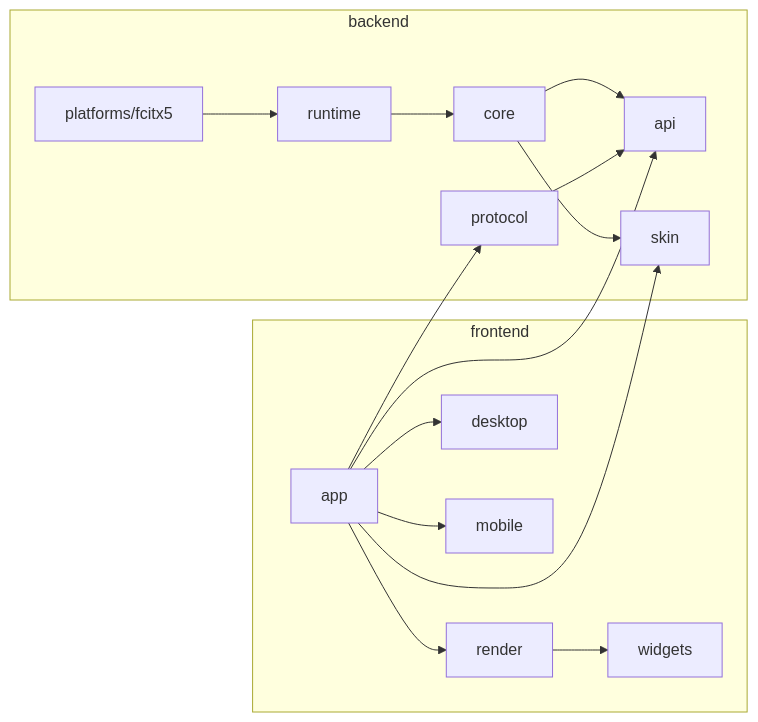
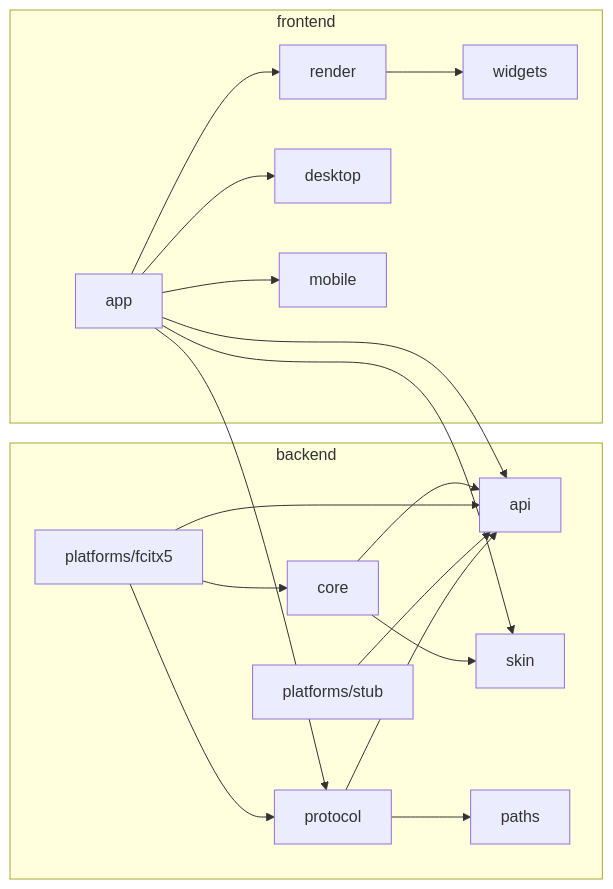
The first of 2 diagrams in docs/architecture.md (LFRon/Superior-IME), drawn with Mermaid before and after one commit. The commit also changed other lines of this file and 3 other files, not shown here.

````diff
--- a/docs/architecture.md
+++ b/docs/architecture.md
@@ -42,30 +49,34 @@
 ```mermaid
 flowchart LR
   subgraph backend
     API[api]
     SKIN[skin]
     CORE[core]
-    RT[runtime]
+    PATHS[paths]
     PROTO[protocol]
     FC[platforms/fcitx5]
-    RT --> CORE
+    STUB[platforms/stub]
     CORE --> API
     CORE --> SKIN
-    FC --> RT
+    FC --> CORE
+    FC --> PROTO
+    FC --> API
+    STUB --> API
     PROTO --> API
+    PROTO --> PATHS
   end
   subgraph frontend
     APP[app]
     RENDER[render]
     DESK[desktop]
     MOB[mobile]
     WID[widgets]
     APP --> RENDER
     APP --> DESK
     APP --> MOB
     RENDER --> WID
   end
   APP --> API
   APP --> PROTO
   APP --> SKIN
 ```
````
